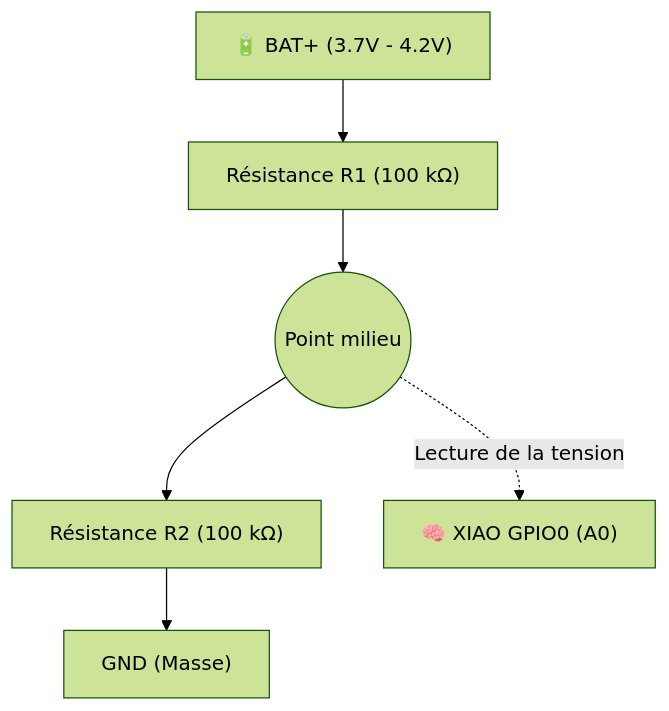
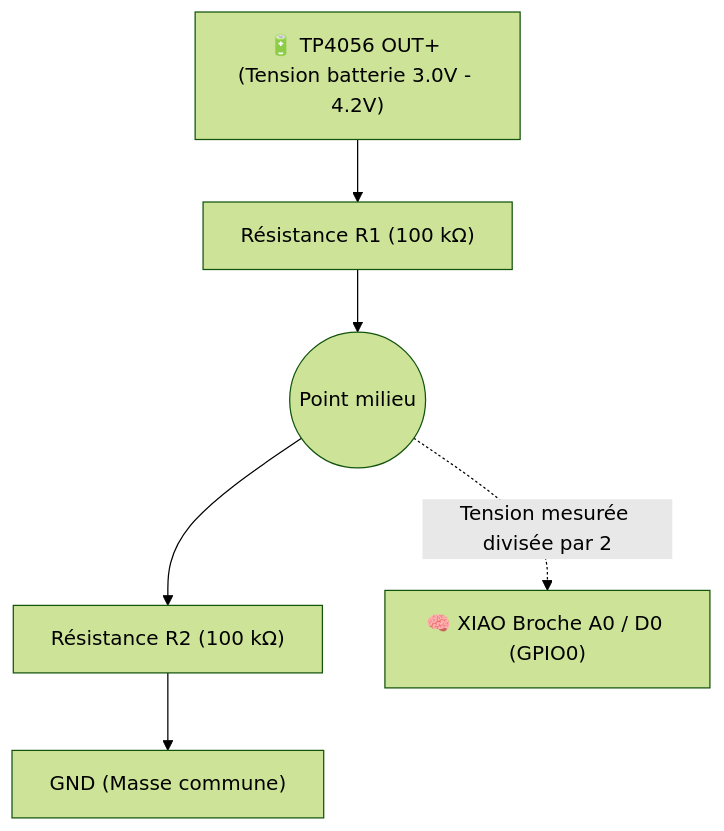
Before and after one commit to Fullann/Birdie-Canari: the third of 3 diagrams in README.md, drawn with Mermaid (forest theme). The commit also changed other lines of this file and 13 other files, not shown here.

````diff
--- a/README.md
+++ b/README.md
@@ -148,9 +232,9 @@
 ```mermaid
 flowchart TD
-    BAT["🔋 BAT+ (3.7V - 4.2V)"] --> R1["Résistance R1 (100 kΩ)"]
+    BAT["🔋 TP4056 OUT+ (Tension batterie 3.0V - 4.2V)"] --> R1["Résistance R1 (100 kΩ)"]
     R1 --> NODE(("Point milieu"))
     NODE --> R2["Résistance R2 (100 kΩ)"]
-    R2 --> GND["GND (Masse)"]
+    R2 --> GND["GND (Masse commune)"]
     
-    NODE -. "Lecture de la tension" .-> XIAO_A0["🧠 XIAO GPIO0 (A0)"]
+    NODE -.->|"Tension mesurée divisée par 2"| XIAO_A0["🧠 XIAO Broche A0 / D0 (GPIO0)"]
 ```
````
